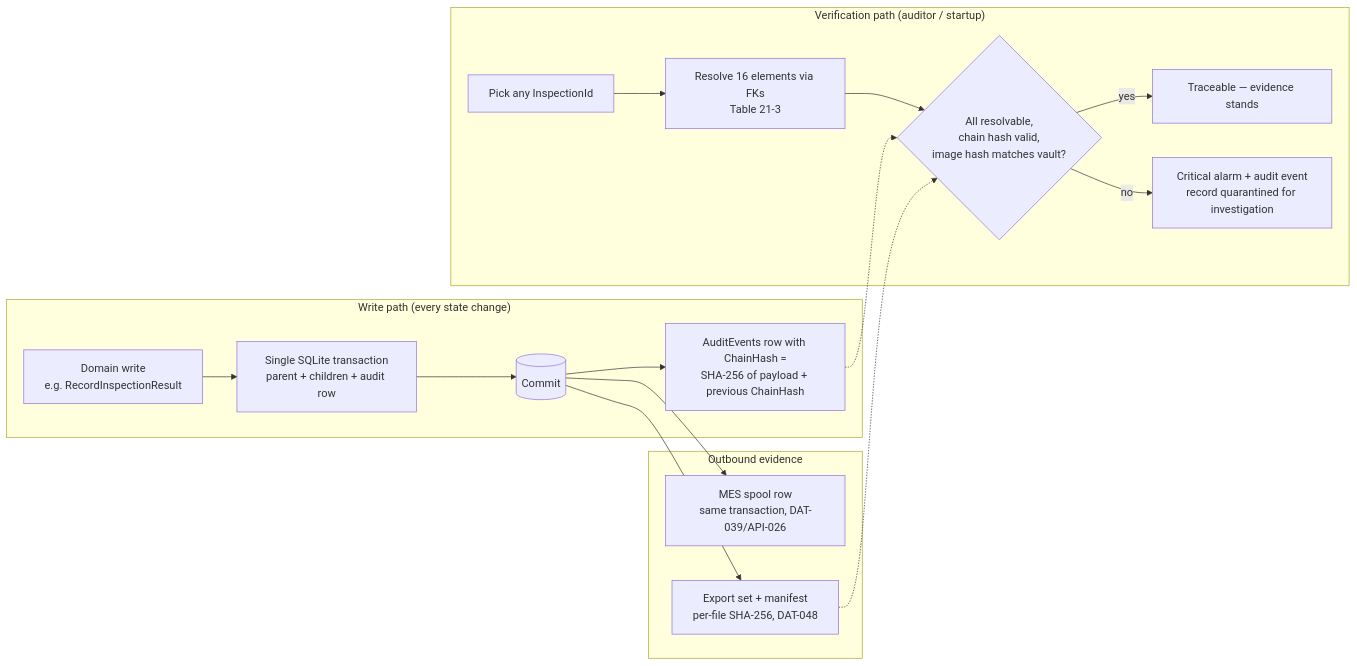
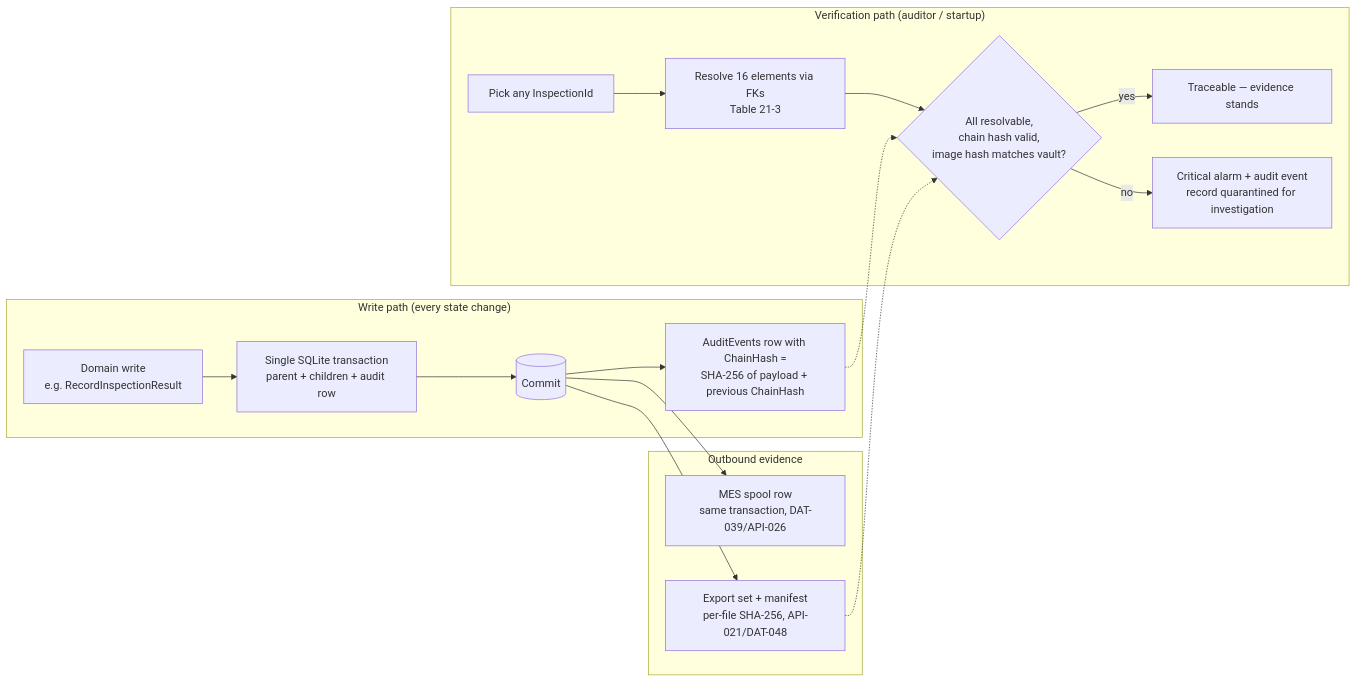
The second of 3 diagrams in Docs/standard/VOL05_Data_APIs_Storage.md (jdseo921/AOI_PCB_Database), drawn with Mermaid before and after one commit. The commit also changed other lines of this file and 20 other files, not shown here.

````diff
--- a/Docs/standard/VOL05_Data_APIs_Storage.md
+++ b/Docs/standard/VOL05_Data_APIs_Storage.md
@@ -154,20 +158,20 @@
 ```mermaid
 flowchart LR
     subgraph WRITE["Write path (every state change)"]
         D[Domain write<br/>e.g. RecordInspectionResult] --> T[Single SQLite transaction<br/>parent + children + audit row]
         T --> C[(Commit)]
         C --> H[AuditEvents row with ChainHash =<br/>SHA-256 of payload + previous ChainHash]
     end
     subgraph OUT["Outbound evidence"]
         C --> S[MES spool row<br/>same transaction, DAT-039/API-026]
-        C --> E[Export set + manifest<br/>per-file SHA-256, DAT-048]
+        C --> E[Export set + manifest<br/>per-file SHA-256, API-021/DAT-048]
     end
     subgraph VERIFY["Verification path (auditor / startup)"]
         Q[Pick any InspectionId] --> R[Resolve 16 elements via FKs<br/>Table 21-3]
         R --> V{All resolvable,<br/>chain hash valid,<br/>image hash matches vault?}
         V -->|yes| OK[Traceable — evidence stands]
         V -->|no| AL[Critical alarm + audit event<br/>record quarantined for investigation]
     end
     H -.-> V
     E -.-> V
 ```
````
